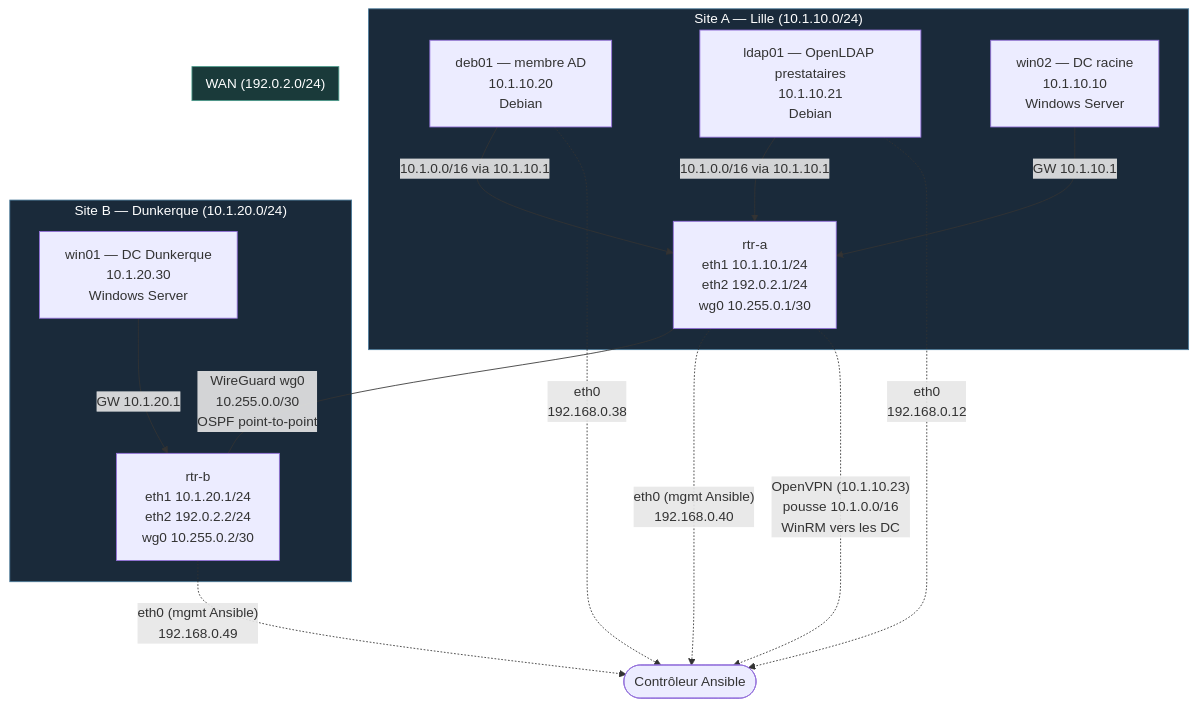
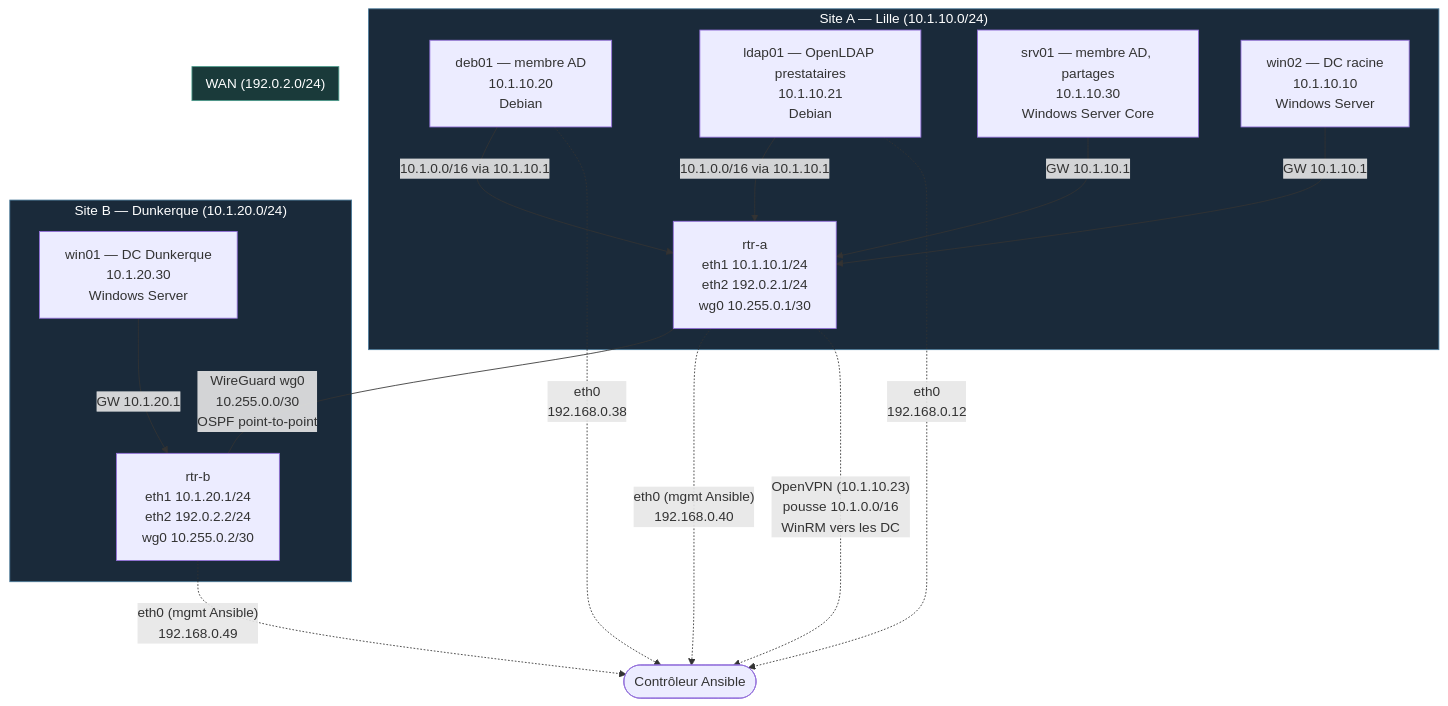
One commit to maelsrs/b3-adminsys changed the diagram in ansible/README.md. Above: the diagram before and after it, drawn with Mermaid. The commit also changed other lines of this file and 22 other files, not shown here.

First line of the commit message:
MC08 : GPO en code, serveur membre srv01

````diff
--- a/ansible/README.md
+++ b/ansible/README.md
@@ -8,35 +8,37 @@
 ```mermaid
 graph TD
   subgraph site_a["Site A — Lille (10.1.10.0/24)"]
     deb01["deb01 — membre AD\n10.1.10.20\nDebian"]
     ldap01["ldap01 — OpenLDAP prestataires\n10.1.10.21\nDebian"]
+    srv01["srv01 — membre AD, partages\n10.1.10.30\nWindows Server Core"]
     win02["win02 — DC racine\n10.1.10.10\nWindows Server"]
     rtr_a["rtr-a\neth1 10.1.10.1/24\neth2 192.0.2.1/24\nwg0 10.255.0.1/30"]
   end
 
   subgraph site_b["Site B — Dunkerque (10.1.20.0/24)"]
     rtr_b["rtr-b\neth1 10.1.20.1/24\neth2 192.0.2.2/24\nwg0 10.255.0.2/30"]
     win01["win01 — DC Dunkerque\n10.1.20.30\nWindows Server"]
   end
 
   subgraph wan["WAN (192.0.2.0/24)"]
     rtr_a -- "WireGuard wg0\n10.255.0.0/30\nOSPF point-to-point" --- rtr_b
   end
 
   deb01 -->|"10.1.0.0/16 via 10.1.10.1"| rtr_a
   ldap01 -->|"10.1.0.0/16 via 10.1.10.1"| rtr_a
+  srv01 -->|"GW 10.1.10.1"| rtr_a
   win02 -->|"GW 10.1.10.1"| rtr_a
   win01 -->|"GW 10.1.20.1"| rtr_b
 
   rtr_a -. "eth0 (mgmt Ansible)\n192.168.0.40" .-> ctrl
   rtr_b -. "eth0 (mgmt Ansible)\n192.168.0.49" .-> ctrl
   deb01 -. "eth0\n192.168.0.38" .-> ctrl
   ldap01 -. "eth0\n192.168.0.12" .-> ctrl
   rtr_a -. "OpenVPN (10.1.10.23)\npousse 10.1.0.0/16\nWinRM vers les DC" .-> ctrl
 
   ctrl(["Contrôleur Ansible"])
 
   style wan fill:#1a3a3a,color:#fff,stroke:#4a9a8a
   style site_a fill:#1a2a3a,color:#fff,stroke:#4a7a9a
   style site_b fill:#1a2a3a,color:#fff,stroke:#4a7a9a
 ```
````
